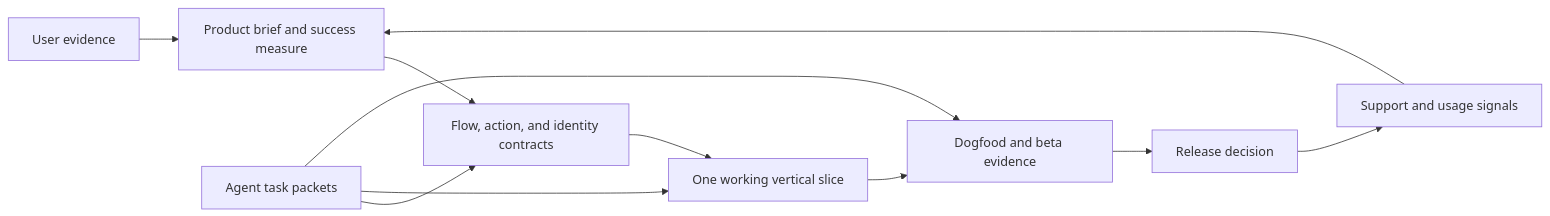
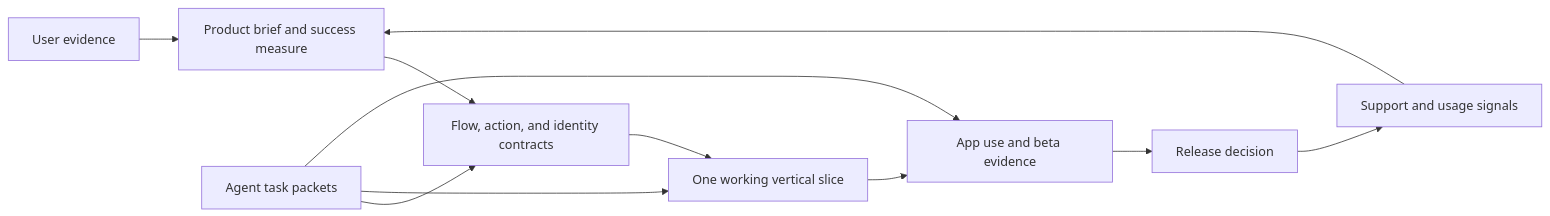
The diagram in docs/process/SOLO-AI-OPERATING-SYSTEM.md (benpham3206/app-workshop), drawn with Mermaid before and after one commit. The commit also changed other lines of this file and 168 other files, not shown here.

````diff
--- a/docs/process/SOLO-AI-OPERATING-SYSTEM.md
+++ b/docs/process/SOLO-AI-OPERATING-SYSTEM.md
@@ -7,13 +7,13 @@
 ```mermaid
 flowchart LR
     U[User evidence] --> P[Product brief and success measure]
     P --> X[Flow, action, and identity contracts]
     X --> V[One working vertical slice]
-    V --> Q[Dogfood and beta evidence]
+    V --> Q[App use and beta evidence]
     Q --> R[Release decision]
     R --> O[Support and usage signals]
     O --> P
     A[Agent task packets] --> X
     A --> V
     A --> Q
 ```
````
